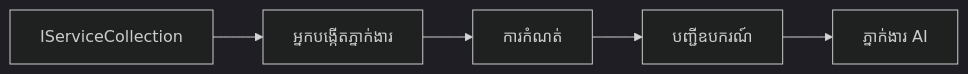
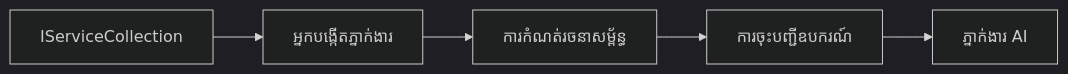
One commit to venturemavenwill/azureaifundamentals changed the diagram in translations/km/03-agentic-design-patterns/code_samples/03-dotnet-agent-framework.md. Above: the diagram before and after it, drawn with Mermaid (dark theme). The commit also changed other lines of this file and 4861 other files, not shown here.

````diff
--- a/translations/km/03-agentic-design-patterns/code_samples/03-dotnet-agent-framework.md
+++ b/translations/km/03-agentic-design-patterns/code_samples/03-dotnet-agent-framework.md
@@ -41,7 +41,7 @@
 ```mermaid
 graph LR
     A[IServiceCollection] --> B[អ្នកបង្កើតភ្នាក់ងារ]
-    B --> C[ការកំណត់]
-    C --> D[បញ្ជីឧបករណ៍]
+    B --> C[ការកំណត់រចនាសម្ព័ន្ធ]
+    C --> D[ការចុះបញ្ជីឧបករណ៍]
     D --> E[ភ្នាក់ងារ AI]
 ```
````
